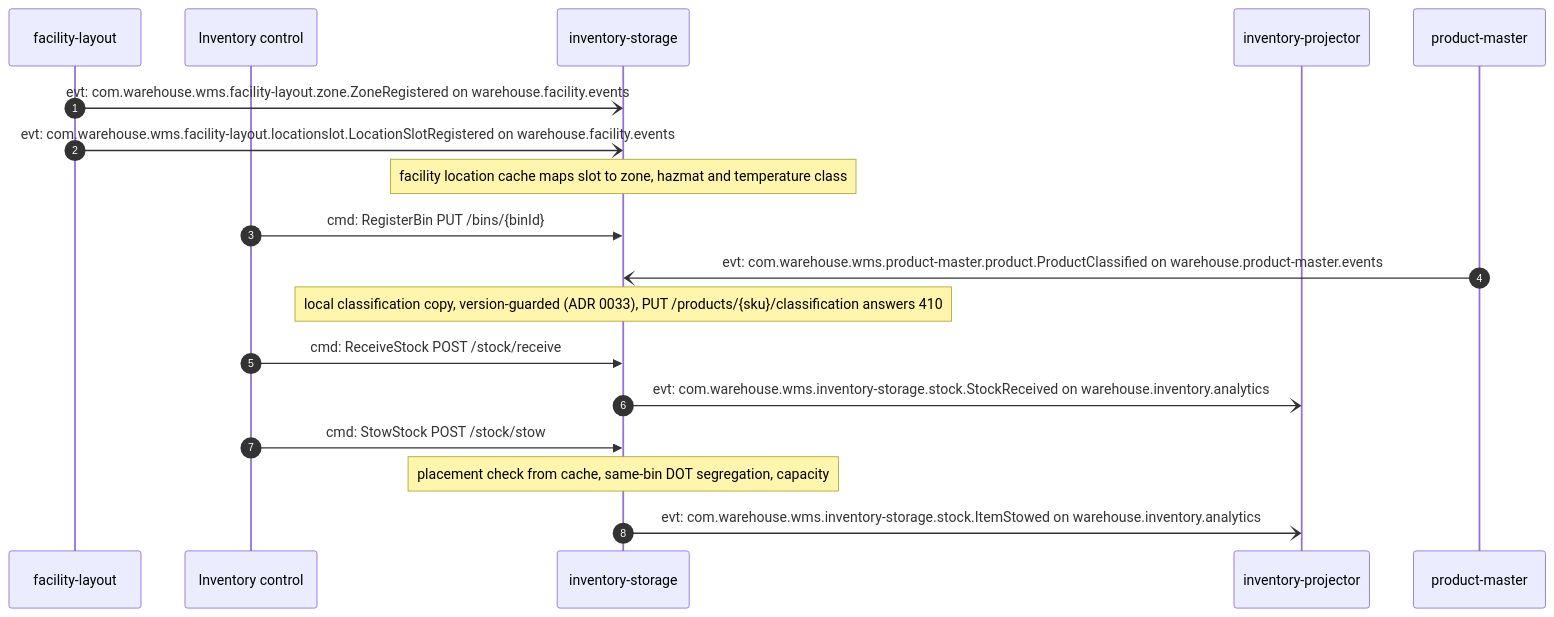
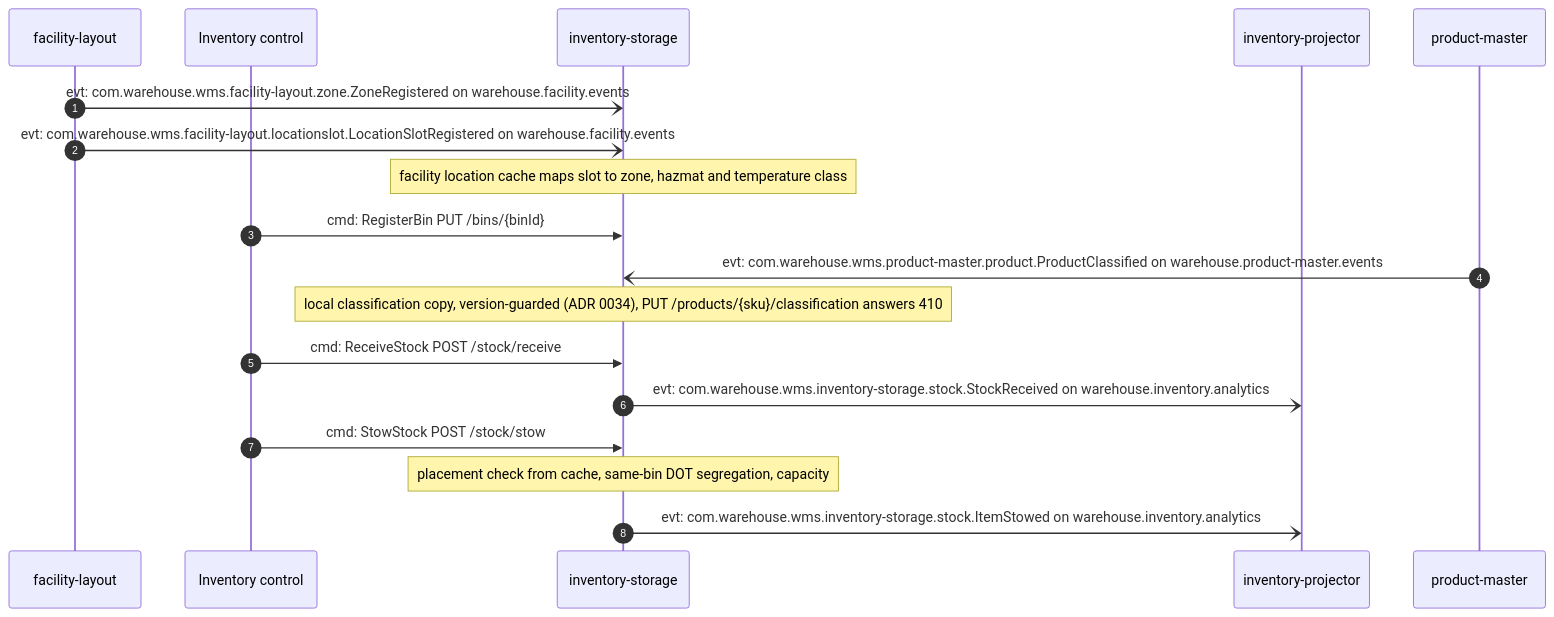
The third of 4 diagrams in docs/docs/ddd/domain-message-flow.md (IQVO/inventory-storage), drawn with Mermaid before and after one commit. The commit also changed 45 other files, not shown here.

````diff
--- a/docs/docs/ddd/domain-message-flow.md
+++ b/docs/docs/ddd/domain-message-flow.md
@@ -87,20 +87,20 @@
 ```mermaid
 sequenceDiagram
     autonumber
     participant FL as facility-layout
     participant IC as Inventory control
     participant INV as inventory-storage
     participant PJ as inventory-projector
     participant PM as product-master
     FL-)INV: evt: com.warehouse.wms.facility-layout.zone.ZoneRegistered on warehouse.facility.events
     FL-)INV: evt: com.warehouse.wms.facility-layout.locationslot.LocationSlotRegistered on warehouse.facility.events
     Note over INV: facility location cache maps slot to zone, hazmat and temperature class
     IC->>INV: cmd: RegisterBin PUT /bins/{binId}
     PM-)INV: evt: com.warehouse.wms.product-master.product.ProductClassified on warehouse.product-master.events
-    Note over INV: local classification copy, version-guarded (ADR 0033), PUT /products/{sku}/classification answers 410
+    Note over INV: local classification copy, version-guarded (ADR 0034), PUT /products/{sku}/classification answers 410
     IC->>INV: cmd: ReceiveStock POST /stock/receive
     INV-)PJ: evt: com.warehouse.wms.inventory-storage.stock.StockReceived on warehouse.inventory.analytics
     IC->>INV: cmd: StowStock POST /stock/stow
     Note over INV: placement check from cache, same-bin DOT segregation, capacity
     INV-)PJ: evt: com.warehouse.wms.inventory-storage.stock.ItemStowed on warehouse.inventory.analytics
 ```
````
